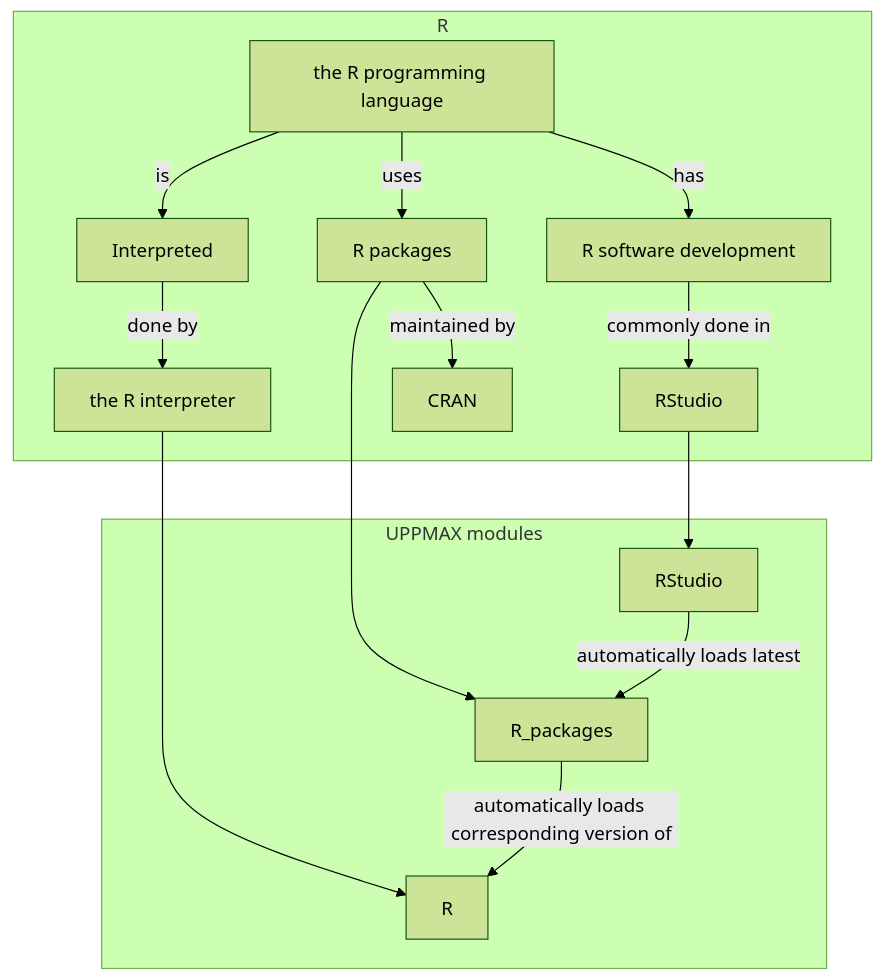
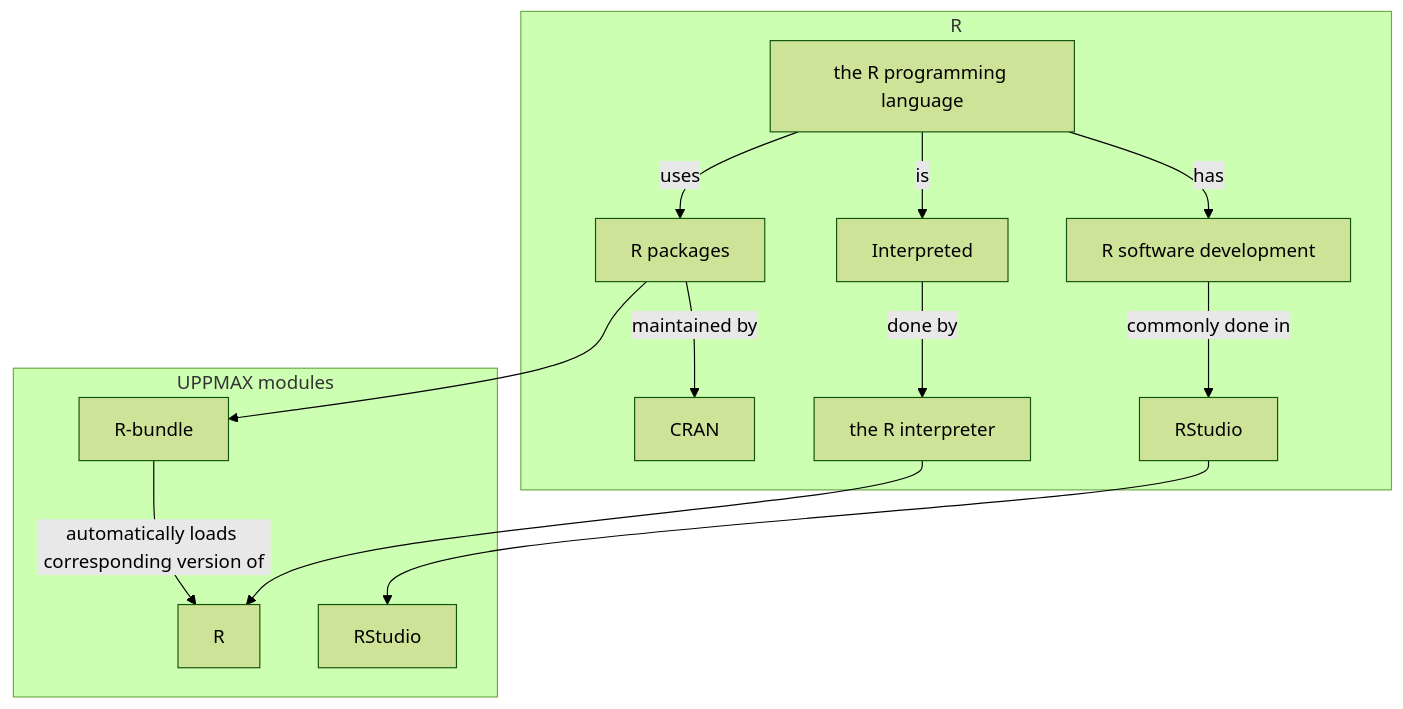
The diagram in docs/software/r_on_pelle.md (UPPMAX/UPPMAX-documentation), drawn with Mermaid (forest theme) before and after one commit.

Commit message:
r_on_pelle.md modify mermaid

````diff
--- a/docs/software/r_on_pelle.md
+++ b/docs/software/r_on_pelle.md
@@ -26,35 +26,34 @@
 ```mermaid
 flowchart TD
 
     subgraph r[R]
       r_interpreter[the R interpreter]
       r_packages[R packages]
       r_language[the R programming language]
       r_dev[R software development]
       rstudio[RStudio]
 
       interpreted_language[Interpreted]
       cran[CRAN]
     end
 
     subgraph uppmax_modules[UPPMAX modules]
       r_module[R]
-      r_packages_module[R_packages]
+      r_packages_module[R-bundle]
       rstudio_module[RStudio]
     end
 
 
     r_language --> |has| r_dev
     r_language --> |is| interpreted_language
     r_language --> |uses| r_packages
     interpreted_language --> |done by| r_interpreter
     r_packages --> |maintained by| cran
     r_dev --> |commonly done in| rstudio
 
     r_interpreter --> r_module
     r_packages --> r_packages_module
     rstudio --> rstudio_module
 
-    rstudio_module --> |automatically loads latest| r_packages_module
     r_packages_module --> |automatically loads corresponding version of| r_module
 ```
````
